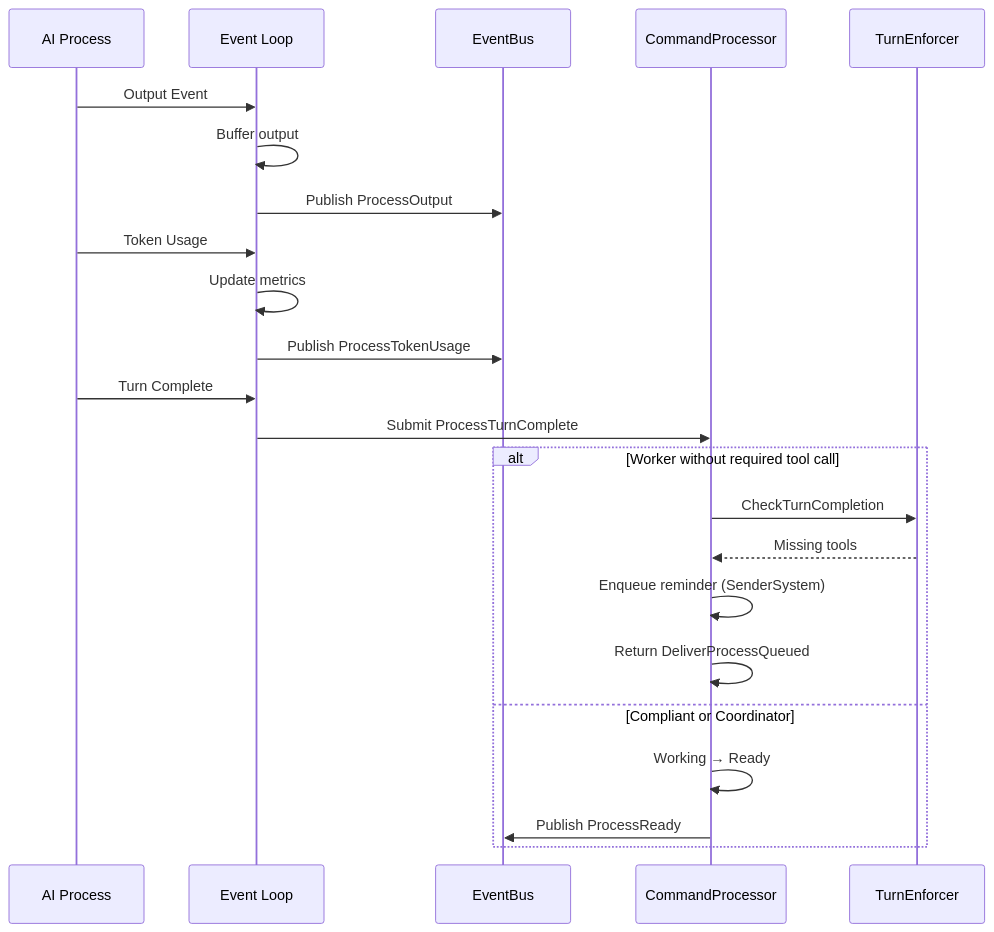
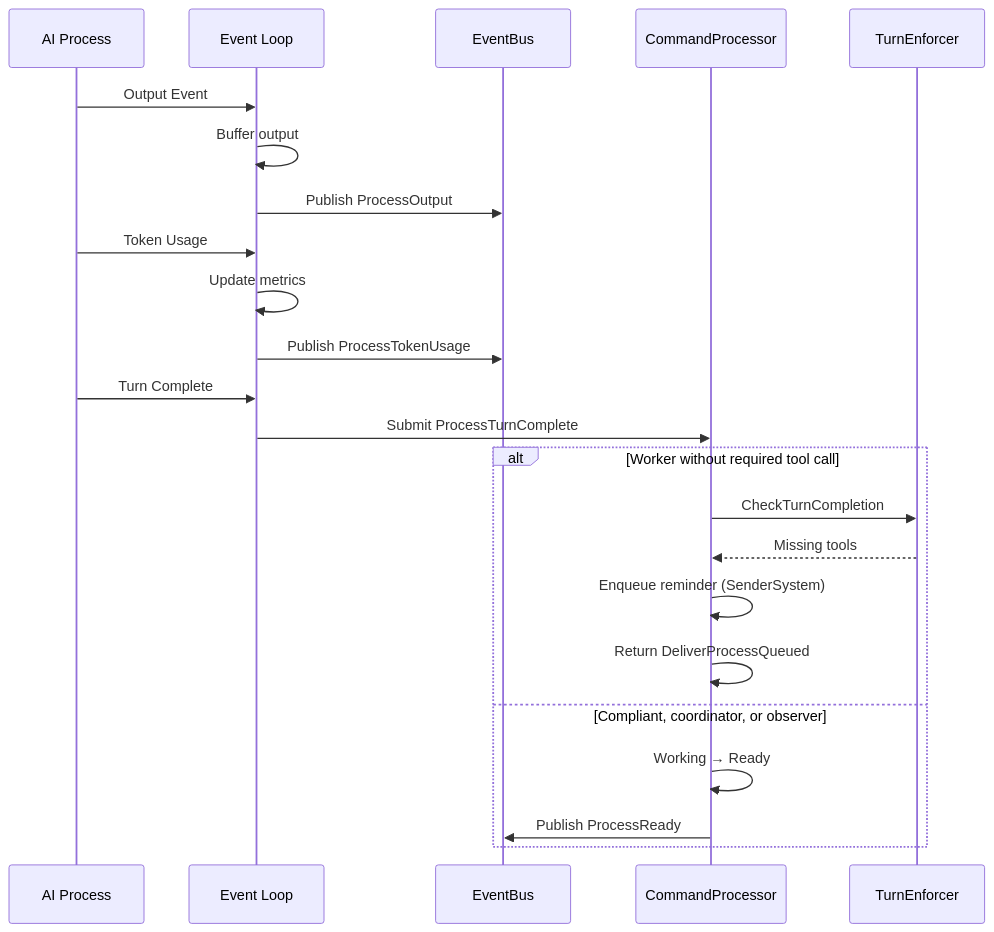
Before and after one commit to zjrosen/perles: the fourth of 6 diagrams in internal/orchestration/v2/docs/process-lifecycle.md, drawn with Mermaid. The commit also changed other lines of this file and 3 other files, not shown here.

````diff
--- a/internal/orchestration/v2/docs/process-lifecycle.md
+++ b/internal/orchestration/v2/docs/process-lifecycle.md
@@ -163,29 +189,29 @@
 ```mermaid
 sequenceDiagram
     participant AI as AI Process
     participant EL as Event Loop
     participant EB as EventBus
     participant CP as CommandProcessor
     participant TE as TurnEnforcer
     
     AI->>EL: Output Event
     EL->>EL: Buffer output
     EL->>EB: Publish ProcessOutput
     
     AI->>EL: Token Usage
     EL->>EL: Update metrics
     EL->>EB: Publish ProcessTokenUsage
     
     AI->>EL: Turn Complete
     EL->>CP: Submit ProcessTurnComplete
     
     alt Worker without required tool call
         CP->>TE: CheckTurnCompletion
         TE-->>CP: Missing tools
         CP->>CP: Enqueue reminder (SenderSystem)
         CP->>CP: Return DeliverProcessQueued
-    else Compliant or Coordinator
+    else Compliant, coordinator, or observer
         CP->>CP: Working → Ready
         CP->>EB: Publish ProcessReady
     end
 ```
````
